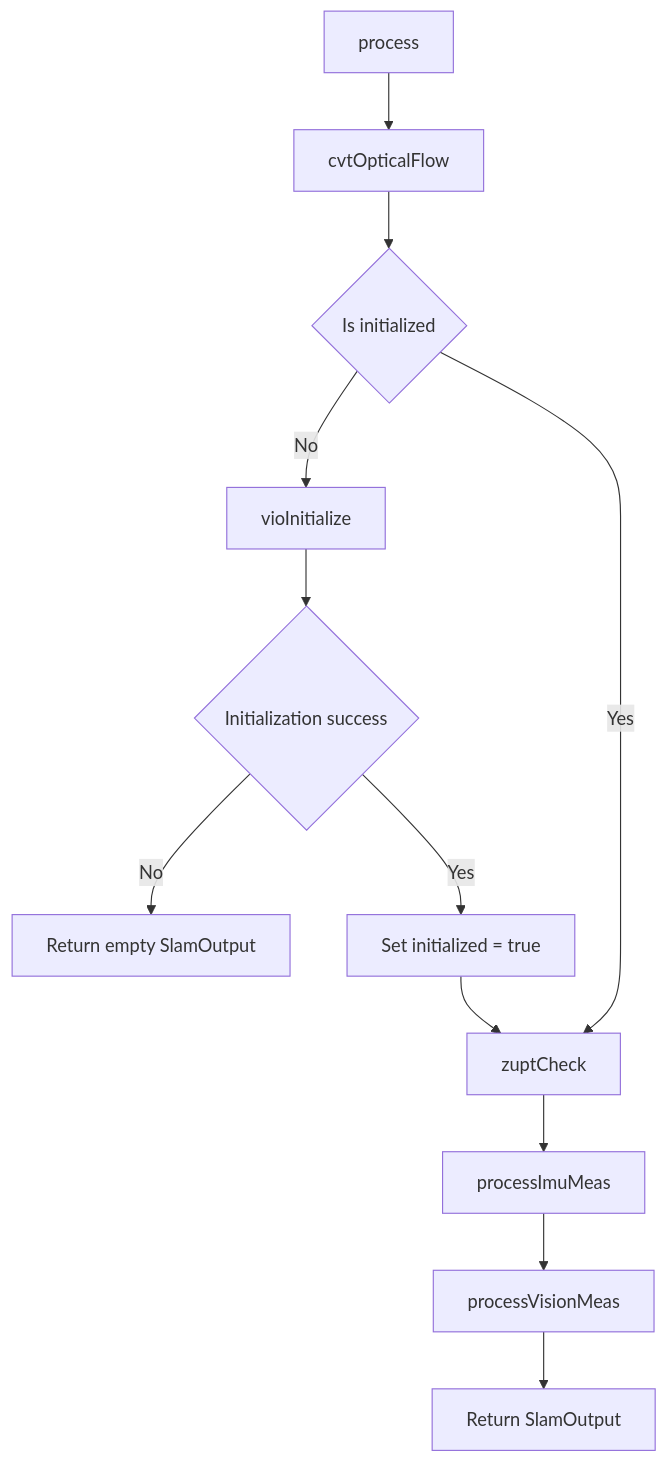
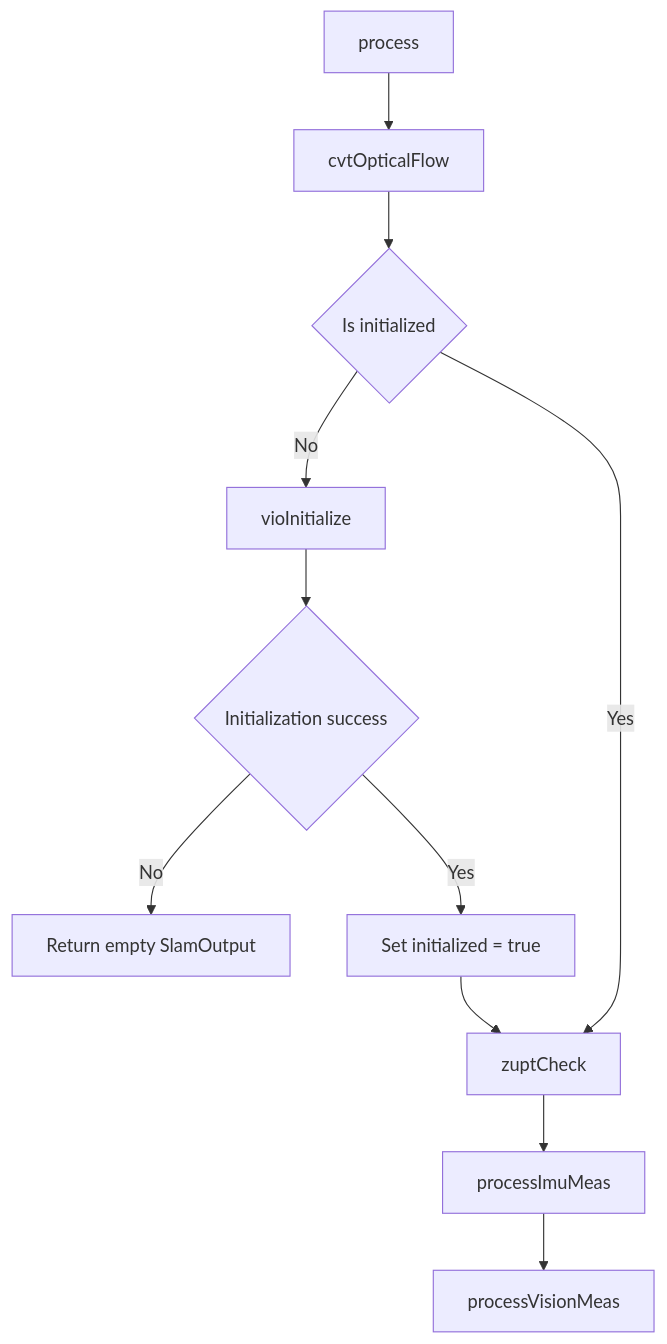
One commit to huzixuan1/iodraw-files changed the diagram in all/未命名-3.md. Above: the diagram before and after it, drawn with Mermaid.

Commit message:
2025-04-21 18:59:16 update

````diff
--- a/all/未命名-3.md
+++ b/all/未命名-3.md
@@ -1,64 +1,63 @@
 ```mermaid
 %% graph TD
 %%     A[SqrtKeypointVio::process] --> B{Is initialized}
 %%     B -- No --> C[vioInitialize]
 %%     C --> D{Initialization success}
 %%     D -- No --> E[Return empty SlamOutput]
 %%     D -- Yes --> F[Set initialized = true]
 %%     F --> G[Update timestamps: cur_t_ns_, prev_t_ns_]
     
     
 %%     B -- Yes --> G
 
 %%     G --> H[Build OpticalFlowResult from track/detect]
 %%     H --> I[processImuMeas]
 %%     I --> J[processVisionMeas]
 %%     J --> K[Solve Optimization with Sliding Window]
 
 %%     K --> L{Is keyframe}
 %%     L -- Yes --> M[Add Keyframe + Update IMU State]
 %%     L -- No --> N[Skip Keyframe Update]
 
 %%     M --> O[Update Landmark Database]
 %%     N --> O
 
 %%     O --> P[Generate SlamOutput]
 %%     P --> Q[Return result]
 
 
 %% graph TD
 %%     A[SqrtKeypointVio::process] --> B{Is initialized}
 %%     B -- No --> C[vioInitialize & Check success]
 %%     C -- Fail --> D[Return empty result]
 %%     C -- Success --> E[Set initialized & Update timestamps]
     
 %%     B -- Yes --> E
 
 %%     E --> F[Process visual & IMU input]
 %%     F --> G[Run optimization]
 %%     G --> H{Is keyframe?}
 %%     H -- Yes --> I[Add keyframe & update map]
 %%     H -- No --> J[Skip keyframe update]
 
 %%     I --> K[Generate SlamOutput]
 %%     J --> K
 %%     K --> L[Return result]
 
 
 graph TD
     A[process] --> B[cvtOpticalFlow]
     B --> C{Is initialized}
 
     C -- No --> D[vioInitialize]
     D --> E{Initialization success}
     E -- No --> F[Return empty SlamOutput]
     E -- Yes --> G[Set initialized = true]
 
     C -- Yes --> H[zuptCheck]
 
     G --> H
     H --> I[processImuMeas]
     I --> J[processVisionMeas]
-    J --> K[Return SlamOutput]
 
 ```
````
